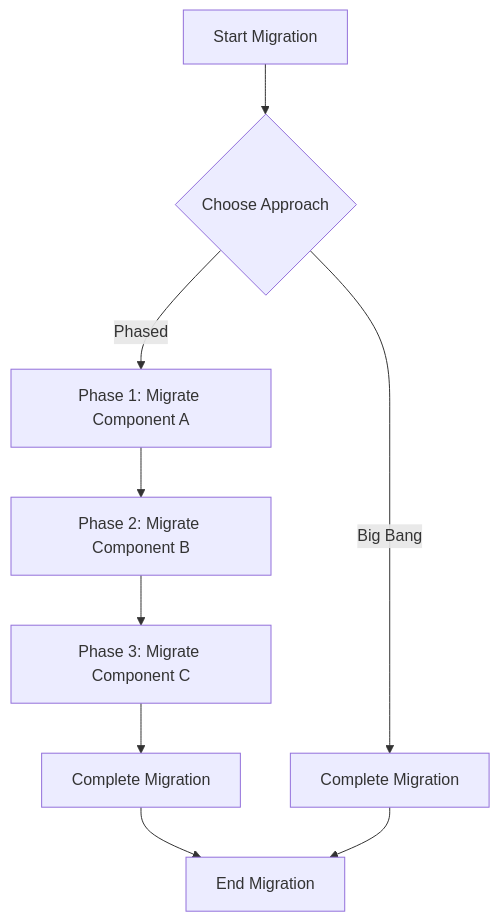
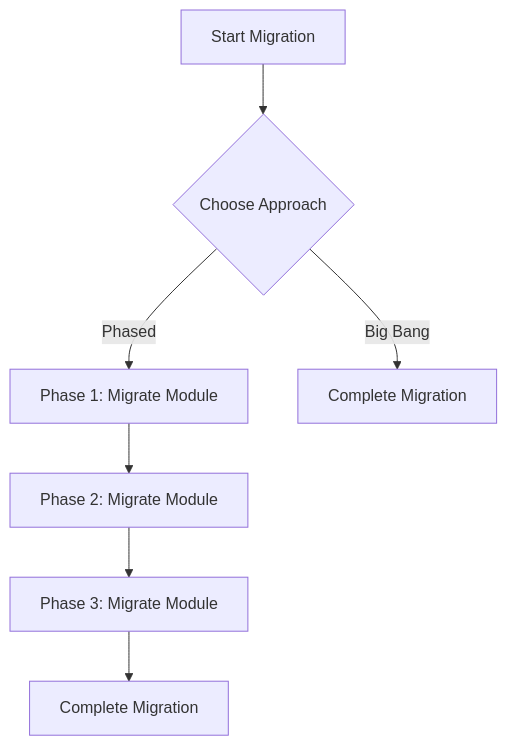
The diagram in content/3/11/2/index.md (MasteryEducation/ClojureForJava.com), drawn with Mermaid before and after one commit. The commit also changed other lines of this file and 74 other files, not shown here.

````diff
--- a/content/3/11/2/index.md
+++ b/content/3/11/2/index.md
@@ -85,11 +151,9 @@
 ```mermaid
 graph TD;
     A[Start Migration] --> B{Choose Approach};
-    B -->|Phased| C[Phase 1: Migrate Component A];
-    C --> D[Phase 2: Migrate Component B];
-    D --> E[Phase 3: Migrate Component C];
+    B -->|Phased| C[Phase 1: Migrate Module];
+    C --> D[Phase 2: Migrate Module];
+    D --> E[Phase 3: Migrate Module];
     E --> F[Complete Migration];
     B -->|Big Bang| G[Complete Migration];
-    F --> H[End Migration];
-    G --> H;
 ```
````
